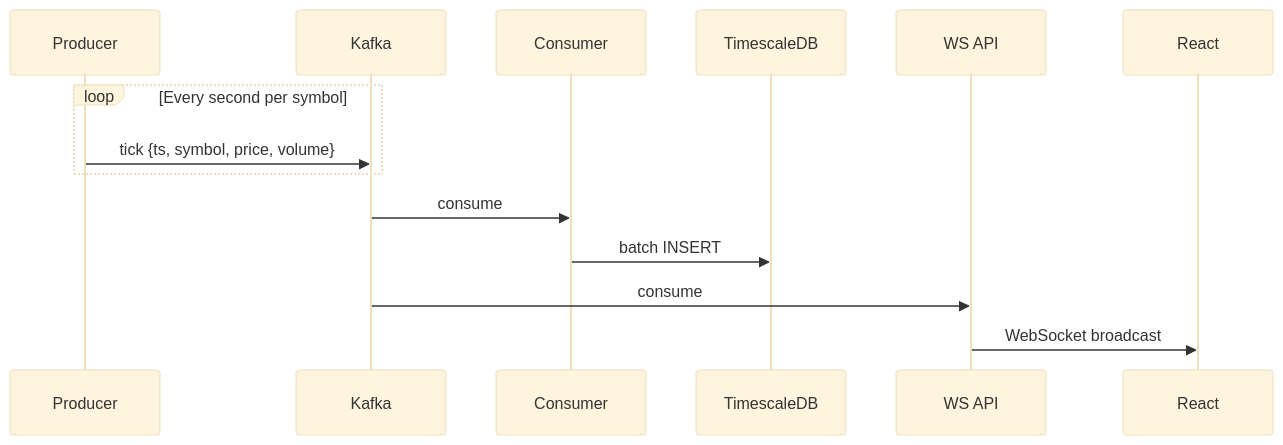
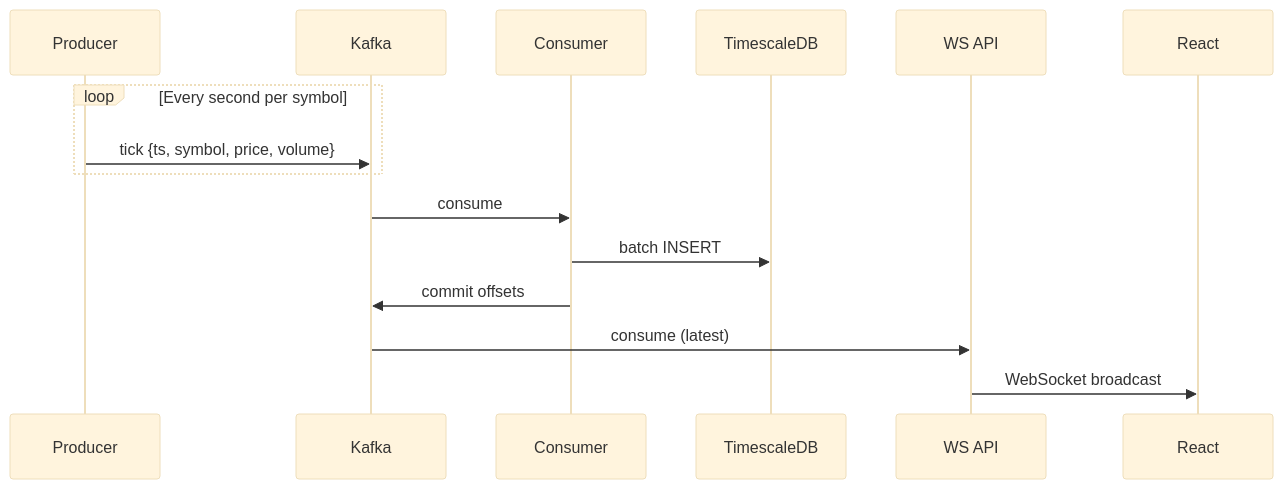
One commit to ATmax1425/BullBearSim changed the second of 2 diagrams in README.md. Above: the diagram before and after it, drawn with Mermaid (base theme). The commit also changed other lines of this file, not shown here.

````diff
--- a/README.md
+++ b/README.md
@@ -71,17 +71,18 @@
 ```mermaid
 sequenceDiagram
     participant P as Producer
     participant K as Kafka
     participant C as Consumer
     participant DB as TimescaleDB
     participant W as WS API
     participant R as React
 
     loop Every second per symbol
         P->>K: tick {ts, symbol, price, volume}
     end
     K->>C: consume
     C->>DB: batch INSERT
-    K->>W: consume
+    C->>K: commit offsets
+    K->>W: consume (latest)
     W->>R: WebSocket broadcast
 ```
````
